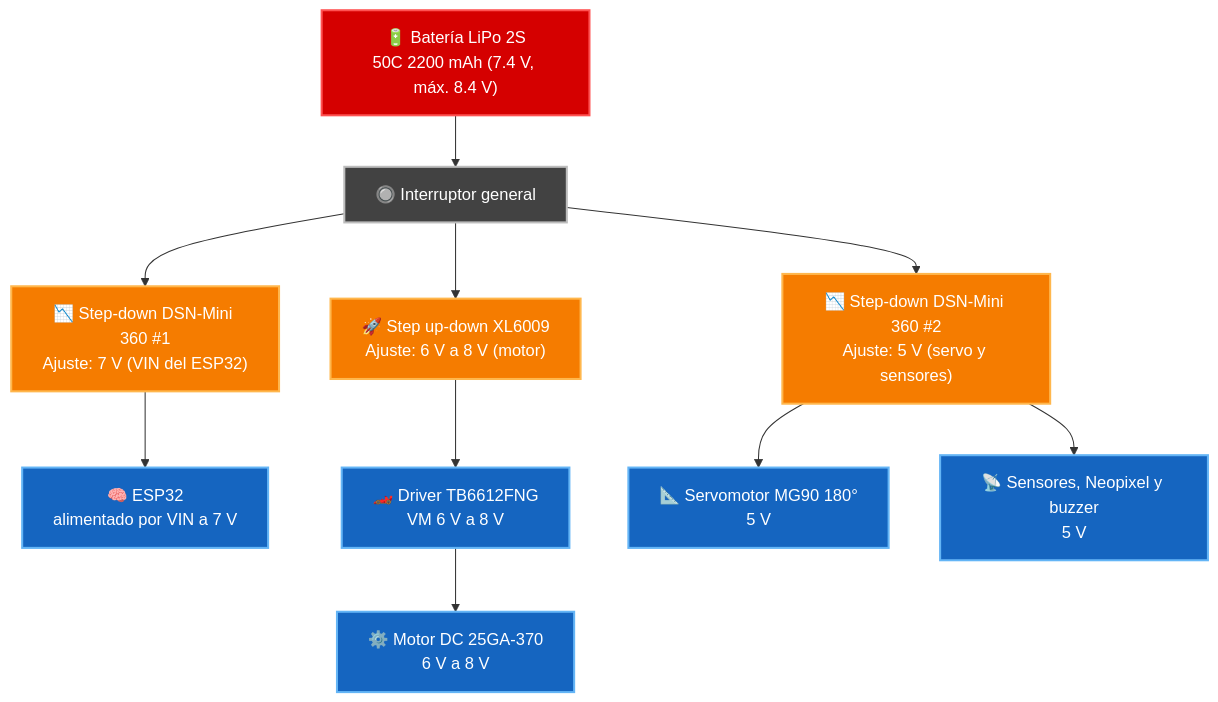
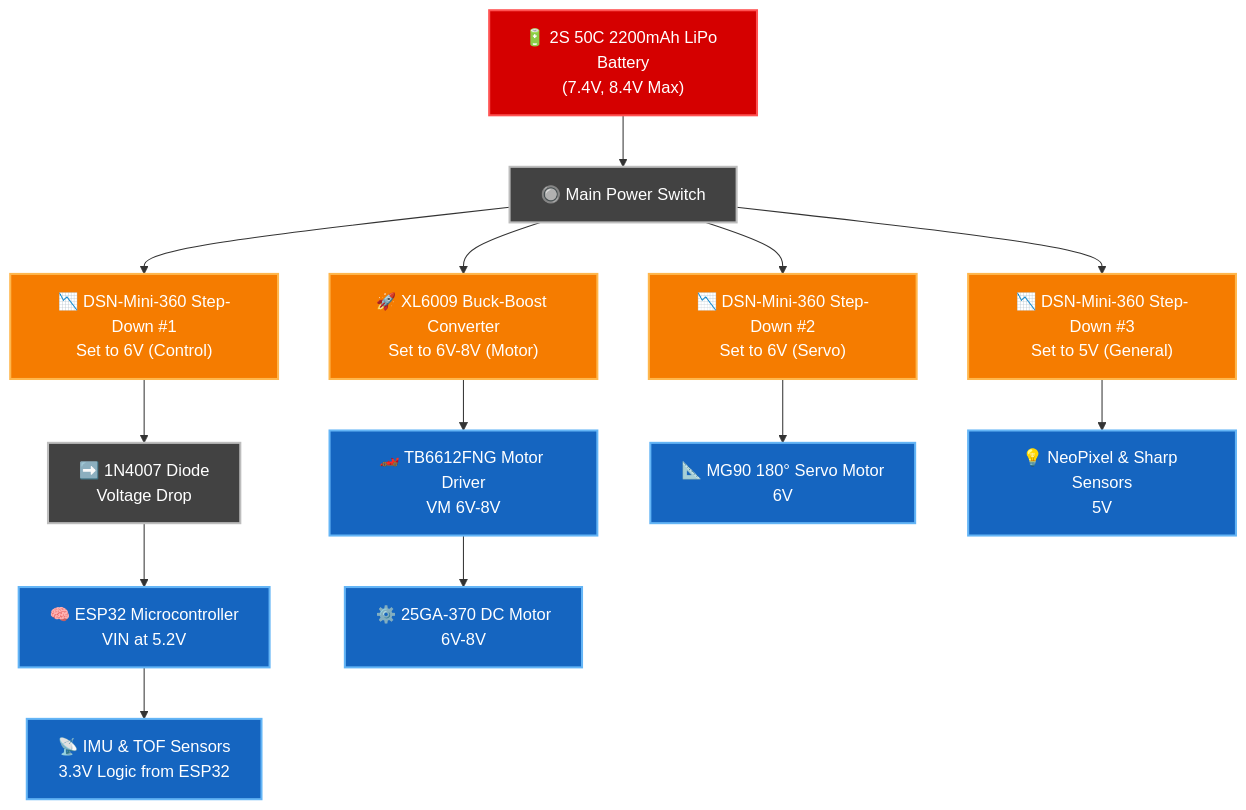
Before and after one commit to erchivox/Prometheus-Team-2026: the second of 16 diagrams in README.md, drawn with Mermaid. The commit also changed other lines of this file, not shown here.

Commit message:
Revise component descriptions in README

````diff
--- a/README.md
+++ b/README.md
@@ -399,33 +399,42 @@
 ```mermaid
 graph TD
     classDef bat fill:#d50000,stroke:#ff5252,stroke-width:2px,color:#fff;
     classDef sw fill:#424242,stroke:#bdbdbd,stroke-width:2px,color:#fff;
     classDef reg fill:#f57c00,stroke:#ffb74d,stroke-width:2px,color:#fff;
     classDef load fill:#1565c0,stroke:#64b5f6,stroke-width:2px,color:#fff;
 
-    BAT["🔋 Batería LiPo 2S<br>50C 2200 mAh (7.4 V, máx. 8.4 V)"]:::bat
-    SW["🔘 Interruptor general"]:::sw
+    BAT["🔋 2S 50C 2200mAh LiPo Battery<br>(7.4V, 8.4V Max)"]:::bat
+    SW["🔘 Main Power Switch"]:::sw
 
-    XL["🚀 Step up-down XL6009<br>Ajuste: 6 V a 8 V (motor)"]:::reg
-    SD1["📉 Step-down DSN-Mini 360 #1<br>Ajuste: 7 V (VIN del ESP32)"]:::reg
-    SD2["📉 Step-down DSN-Mini 360 #2<br>Ajuste: 5 V (servo y sensores)"]:::reg
+    XL["🚀 XL6009 Buck-Boost Converter<br>Set to 6V-8V (Motor)"]:::reg
+    SD1["📉 DSN-Mini-360 Step-Down #1<br>Set to 6V (Control)"]:::reg
+    DIODE["➡️ 1N4007 Diode<br>Voltage Drop"]:::sw
+    SD2["📉 DSN-Mini-360 Step-Down #2<br>Set to 6V (Servo)"]:::reg
+    SD3["📉 DSN-Mini-360 Step-Down #3<br>Set to 5V (General)"]:::reg
 
-    ESP32["🧠 ESP32<br>alimentado por VIN a 7 V"]:::load
-    DRIVER["🏎️ Driver TB6612FNG<br>VM 6 V a 8 V"]:::load
-    MOTOR["⚙️ Motor DC 25GA-370<br>6 V a 8 V"]:::load
-    SERVO["📐 Servomotor MG90 180°<br>5 V"]:::load
-    SENS["📡 Sensores, Neopixel y buzzer<br>5 V"]:::load
+    ESP32["🧠 ESP32 Microcontroller<br>VIN at 5.2V"]:::load
+    DRIVER["🏎️ TB6612FNG Motor Driver<br>VM 6V-8V"]:::load
+    MOTOR["⚙️ 25GA-370 DC Motor<br>6V-8V"]:::load
+    SERVO["📐 MG90 180° Servo Motor<br>6V"]:::load
+    SENS5V["💡 NeoPixel & Sharp Sensors<br>5V"]:::load
+    SENS3V["📡 IMU & TOF Sensors<br>3.3V Logic from ESP32"]:::load
 
     BAT --> SW
 
     SW --> XL
     SW --> SD1
     SW --> SD2
+    SW --> SD3
 
     XL --> DRIVER
     DRIVER --> MOTOR
 
-    SD1 --> ESP32
+    SD1 --> DIODE
+    DIODE --> ESP32
+
     SD2 --> SERVO
-    SD2 --> SENS
+    
+    SD3 --> SENS5V
+    
+    ESP32 --> SENS3V
 ```
````
